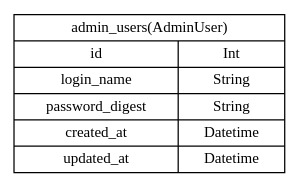
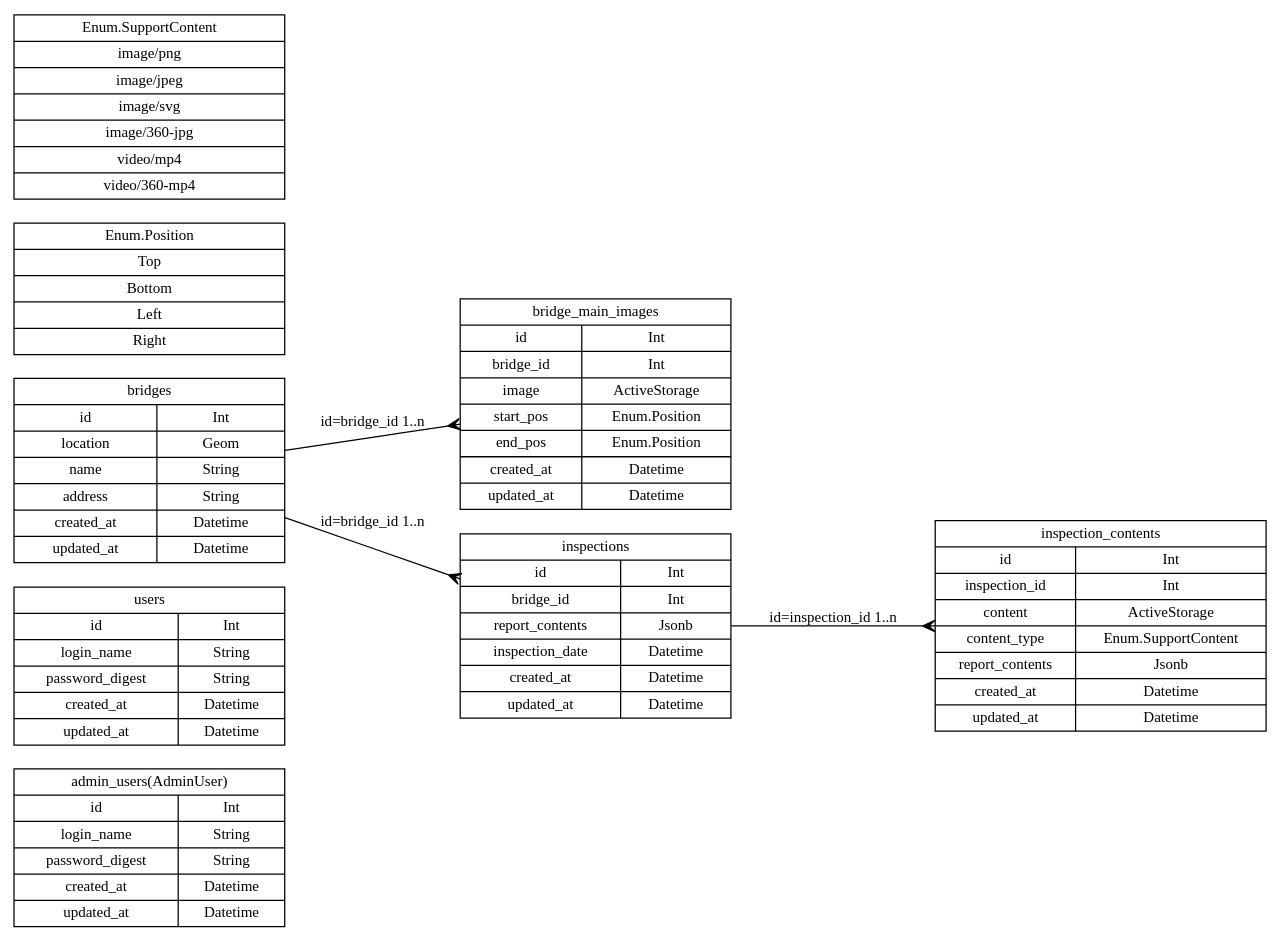
One commit to ha4db/ha4db changed the diagram in doc/er.dot. Above: the diagram before and after it, drawn with Graphviz.

Commit message:
update er fig

```diff
--- a/doc/er.dot
+++ b/doc/er.dot
@@ -1,8 +1,28 @@
 digraph models {
   // general settings
   graph [rankdir=LR]; // draw graph from left to right
   node [shape=record, fontsize=12, width=3.0]; // fixed font size
   edge [arrowhead=crow, fontsize=12]; // ER diagram
 
+  // nodes
   admin_users [label="admin_users(AdminUser)|{{id|login_name|password_digest|created_at|updated_at}|{Int|String|String|Datetime|Datetime}}"];
+
+  users [label="users|{{id|login_name|password_digest|created_at|updated_at}|{Int|String|String|Datetime|Datetime}}"];
+
+  bridges [label="bridges|{{id|location|name|address|created_at|updated_at}|{Int|Geom|String|String|Datetime|Datetime}}"];
+
+  bridge_main_images [label="bridge_main_images|{{id|bridge_id|image|start_pos|end_pos|created_at|updated_at}|{Int|Int|ActiveStorage|Enum.Position|Enum.Position|Datetime|Datetime}}"];
+
+  inspections [label="inspections|{{id|bridge_id|report_contents|inspection_date|created_at|updated_at}|{Int|Int|Jsonb|Datetime|Datetime|Datetime}}"];
+
+  inspection_contents [label="inspection_contents|{{id|inspection_id|content|content_type|report_contents|created_at|updated_at}|{Int|Int|ActiveStorage|Enum.SupportContent|Jsonb|Datetime|Datetime}}"];
+
+  // enum
+  enum_position [label="Enum.Position|{{Top|Bottom|Left|Right}}"];
+  enum_support_contents [label="Enum.SupportContent|{{image/png|image/jpeg|image/svg|image/360-jpg|video/mp4|video/360-mp4}}"];
+
+  // edges
+  bridges -> bridge_main_images [label="id=bridge_id 1..n"];
+  bridges -> inspections [label="id=bridge_id 1..n"];
+  inspections -> inspection_contents [label="id=inspection_id 1..n"];
 }
```
